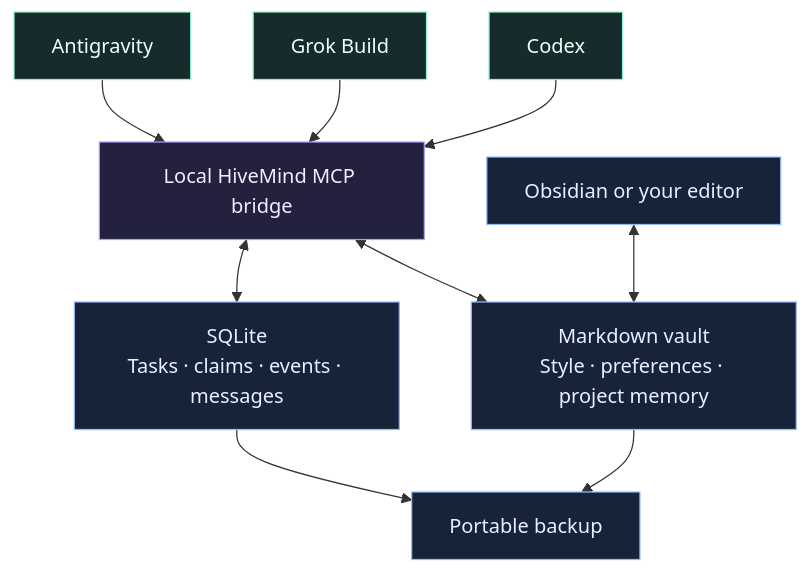
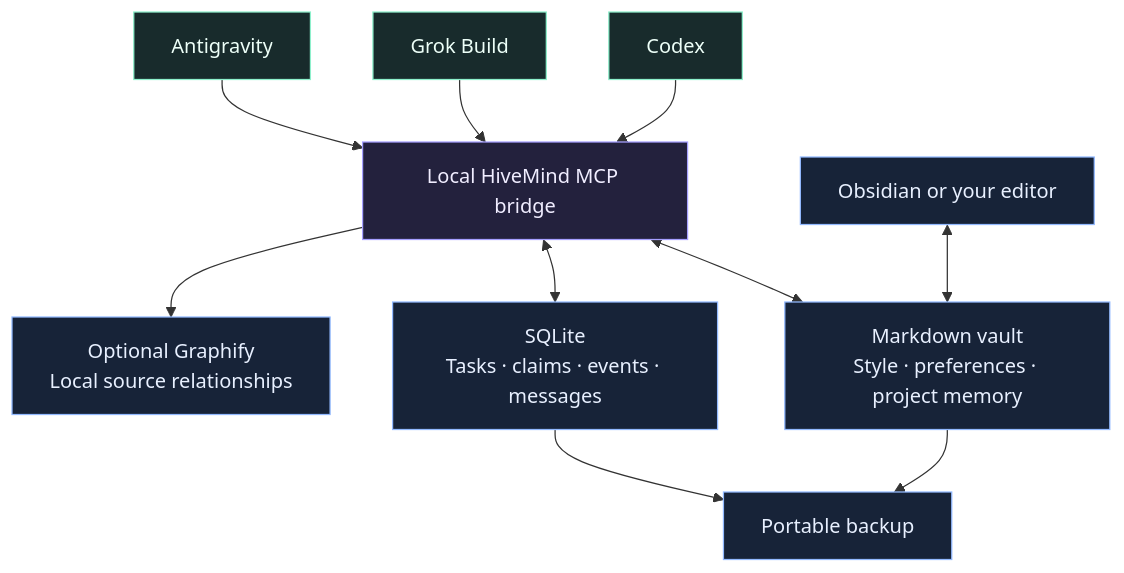
Before and after one commit to raj45681/HiveMind: the diagram in README.md, drawn with Mermaid. The commit also changed other lines of this file and 12 other files, not shown here.

Commit message:
Add optional local Graphify code indexing with bounded MCP queries

````diff
--- a/README.md
+++ b/README.md
@@ -114,18 +128,19 @@
 ```mermaid
 flowchart TB
     C[Codex] --> M
     G[Grok Build] --> M
     A[Antigravity] --> M
     M[Local HiveMind MCP bridge]
     M <--> V["Markdown vault<br/>Style · preferences · project memory"]
     M <--> D["SQLite<br/>Tasks · claims · events · messages"]
+    M --> Q["Optional Graphify<br/>Local source relationships"]
     O[Obsidian or your editor] <--> V
     V --> B[Portable backup]
     D --> B
     classDef agent fill:#182b2c,stroke:#8ef0cc,color:#edfff8
     classDef core fill:#23213d,stroke:#a59fff,color:#f0edff
     classDef data fill:#172338,stroke:#92b9ff,color:#e8f0ff
     class C,G,A agent
     class M core
-    class V,D,O,B data
+    class V,D,O,B,Q data
 ```
````
